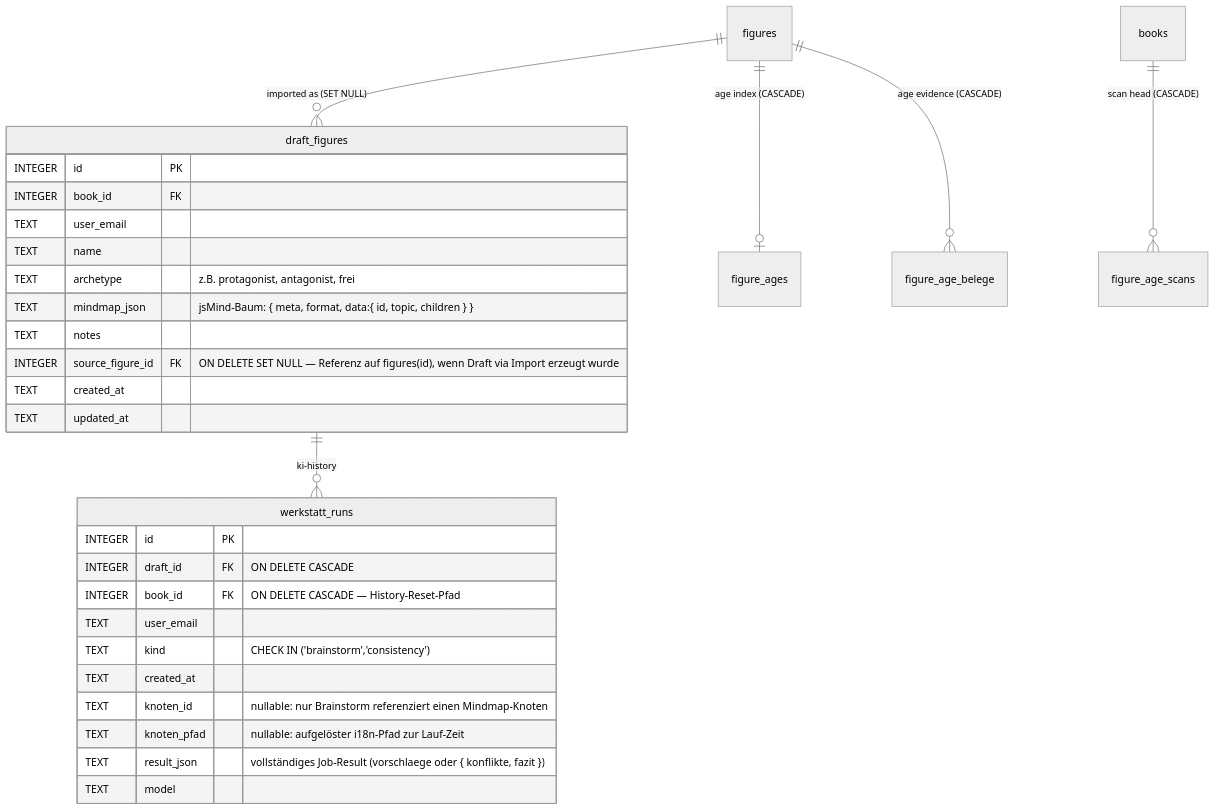
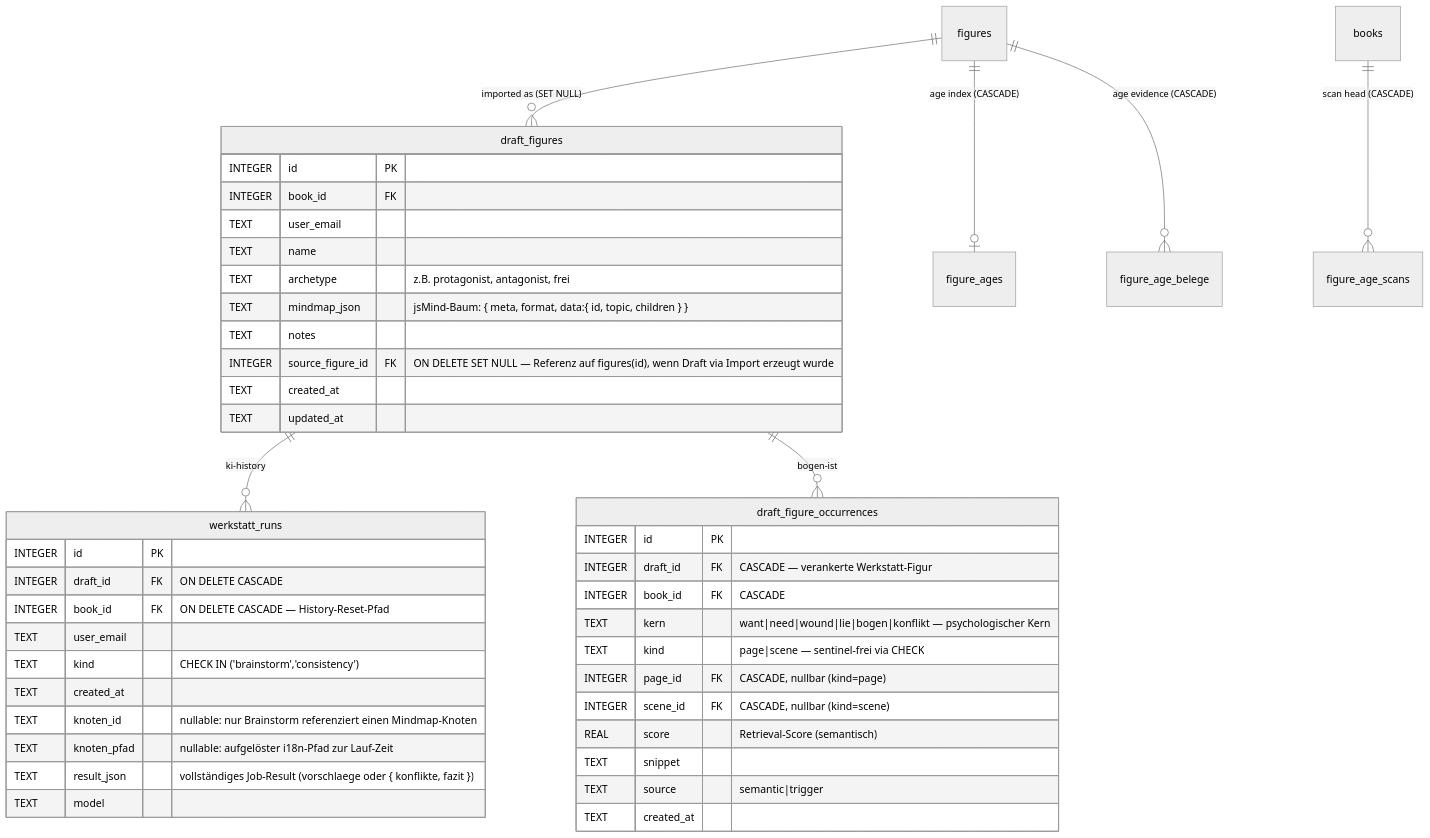
One commit to bedeberger/schreibwerkstatt changed the fourth of 8 diagrams in docs/erd.md. Above: the diagram before and after it, drawn with Mermaid (neutral theme). The commit also changed other lines of this file and 197 other files, not shown here.

````diff
--- a/docs/erd.md
+++ b/docs/erd.md
@@ -985,32 +1004,46 @@
 ```mermaid
 erDiagram
   draft_figures {
     INTEGER id               PK
     INTEGER book_id          FK
     TEXT    user_email
     TEXT    name
     TEXT    archetype        "z.B. protagonist, antagonist, frei"
     TEXT    mindmap_json     "jsMind-Baum: { meta, format, data:{ id, topic, children } }"
     TEXT    notes
     INTEGER source_figure_id FK "ON DELETE SET NULL — Referenz auf figures(id), wenn Draft via Import erzeugt wurde"
     TEXT    created_at
     TEXT    updated_at
+  }
+  draft_figure_occurrences {
+    INTEGER id         PK
+    INTEGER draft_id   FK "CASCADE — verankerte Werkstatt-Figur"
+    INTEGER book_id    FK "CASCADE"
+    TEXT    kern       "want|need|wound|lie|bogen|konflikt — psychologischer Kern"
+    TEXT    kind       "page|scene — sentinel-frei via CHECK"
+    INTEGER page_id    FK "CASCADE, nullbar (kind=page)"
+    INTEGER scene_id   FK "CASCADE, nullbar (kind=scene)"
+    REAL    score      "Retrieval-Score (semantisch)"
+    TEXT    snippet
+    TEXT    source     "semantic|trigger"
+    TEXT    created_at
   }
   werkstatt_runs {
     INTEGER id          PK
     INTEGER draft_id    FK "ON DELETE CASCADE"
     INTEGER book_id     FK "ON DELETE CASCADE — History-Reset-Pfad"
     TEXT    user_email
     TEXT    kind        "CHECK IN ('brainstorm','consistency')"
     TEXT    created_at
     TEXT    knoten_id   "nullable: nur Brainstorm referenziert einen Mindmap-Knoten"
     TEXT    knoten_pfad "nullable: aufgelöster i18n-Pfad zur Lauf-Zeit"
     TEXT    result_json "vollständiges Job-Result (vorschlaege oder { konflikte, fazit })"
     TEXT    model
   }
   figures ||--o| figure_ages : "age index (CASCADE)"
   figures ||--o{ figure_age_belege : "age evidence (CASCADE)"
   books ||--o{ figure_age_scans : "scan head (CASCADE)"
   figures ||--o{ draft_figures : "imported as (SET NULL)"
   draft_figures ||--o{ werkstatt_runs : "ki-history"
+  draft_figures ||--o{ draft_figure_occurrences : "bogen-ist"
 ```
````
